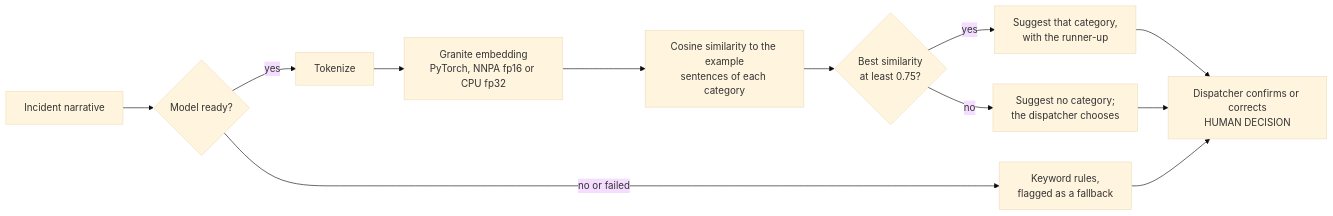
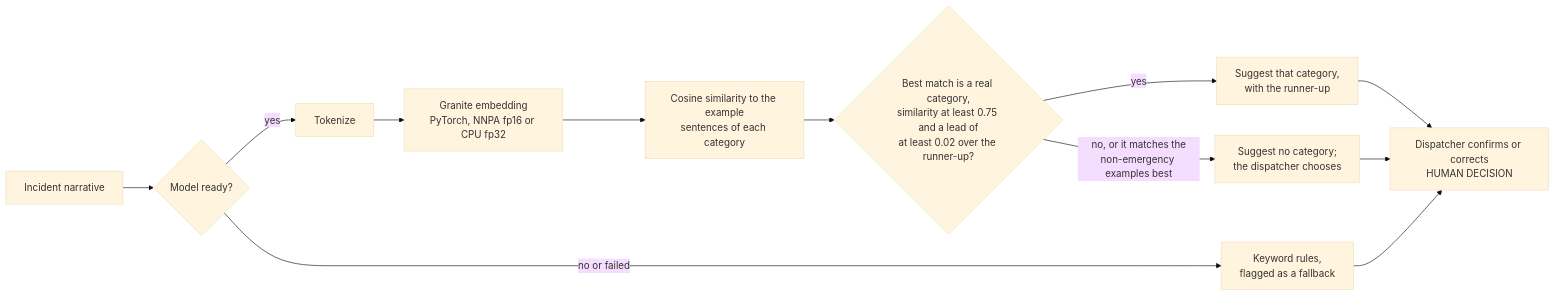
The diagram in docs/ai-pipeline.md (n-allen1/Huskies_IBM_Z_Datathon_2026_Project), drawn with Mermaid (base theme) before and after one commit. The commit also changed other lines of this file and 5 other files, not shown here.

````diff
--- a/docs/ai-pipeline.md
+++ b/docs/ai-pipeline.md
@@ -15,14 +15,14 @@
 ```mermaid
 flowchart LR
     N["Incident narrative"] --> M{"Model ready?"}
     M -->|yes| T["Tokenize"]
     T --> E["Granite embedding<br/>PyTorch, NNPA fp16 or CPU fp32"]
     E --> S["Cosine similarity to the example<br/>sentences of each category"]
-    S --> A{"Best similarity<br/>at least 0.75?"}
+    S --> A{"Best match is a real category,<br/>similarity at least 0.75 and a lead of<br/>at least 0.02 over the runner-up?"}
     A -->|yes| R["Suggest that category,<br/>with the runner-up"]
-    A -->|no| X["Suggest no category;<br/>the dispatcher chooses"]
+    A -->|"no, or it matches the<br/>non-emergency examples best"| X["Suggest no category;<br/>the dispatcher chooses"]
     M -->|"no or failed"| K["Keyword rules,<br/>flagged as a fallback"]
     R --> H["Dispatcher confirms or corrects<br/>HUMAN DECISION"]
     X --> H
     K --> H
 ```
````
